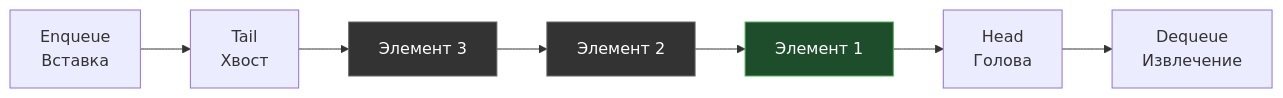
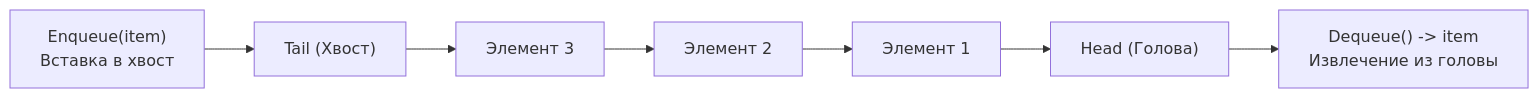
The first of 4 diagrams in sources/20. Алгоритмы и структуры данных (DSA) на Go/02. Базовые структуры данных/5. Очередь.md (UnrealTemplier/go-textbook), drawn with Mermaid before and after one commit. The commit also changed other lines of this file, not shown here.

````diff
--- a/sources/20. Алгоритмы и структуры данных (DSA) на Go/02. Базовые структуры данных/5. Очередь.md
+++ b/sources/20. Алгоритмы и структуры данных (DSA) на Go/02. Базовые структуры данных/5. Очередь.md
@@ -12,10 +15,9 @@
 ```mermaid
 flowchart LR
-    Push["Enqueue<br>Вставка"] --> Tail["Tail<br>Хвост"]
-    Tail --> E3["Элемент 3"] --> E2["Элемент 2"] --> E1["Элемент 1"] --> Head["Head<br>Голова"]
-    Head --> Pop["Dequeue<br>Извлечение"]
-    
-    style E1 fill:#1e4d2b,stroke:#4CAF50,color:#fff
-    style E2 fill:#333,stroke:#666,color:#fff
-    style E3 fill:#333,stroke:#666,color:#fff
+    Push["Enqueue(item)<br/>Вставка в хвост"] --> Tail["Tail (Хвост)"]
+    Tail --> E3["Элемент 3"]
+    E3 --> E2["Элемент 2"]
+    E2 --> E1["Элемент 1"]
+    E1 --> Head["Head (Голова)"]
+    Head --> Pop["Dequeue() -> item<br/>Извлечение из головы"]
 ```
````
